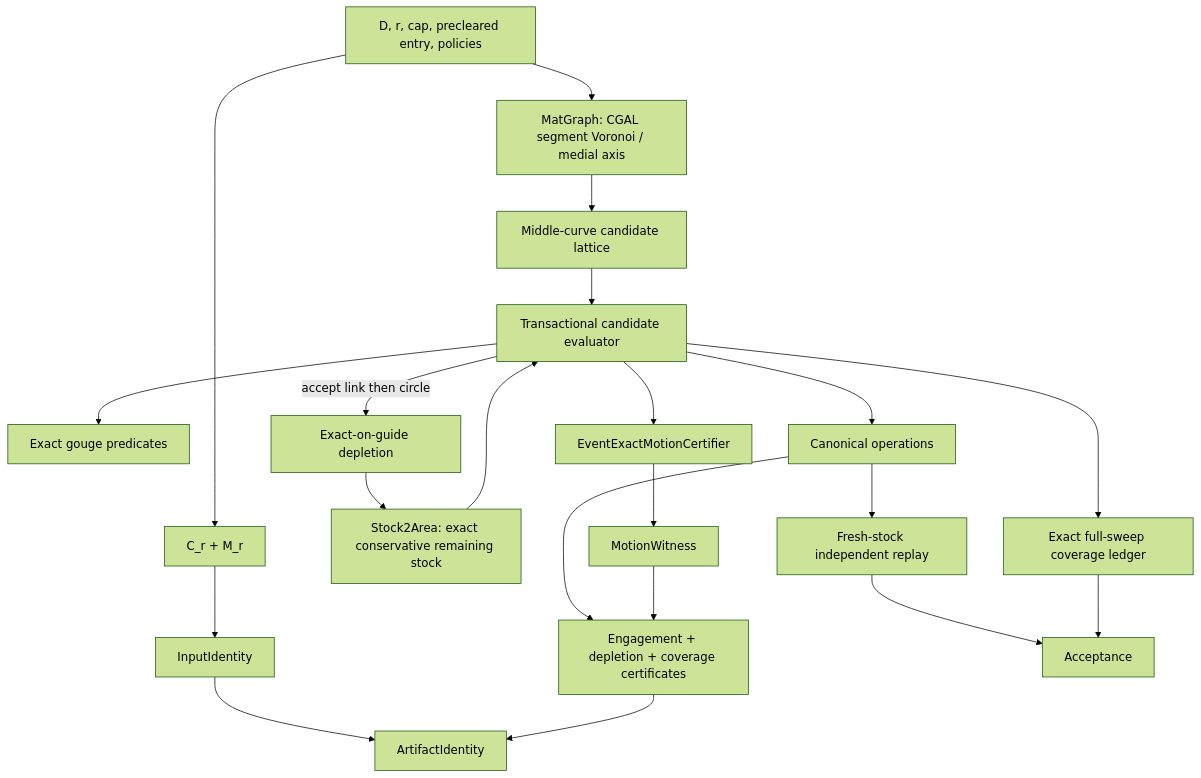
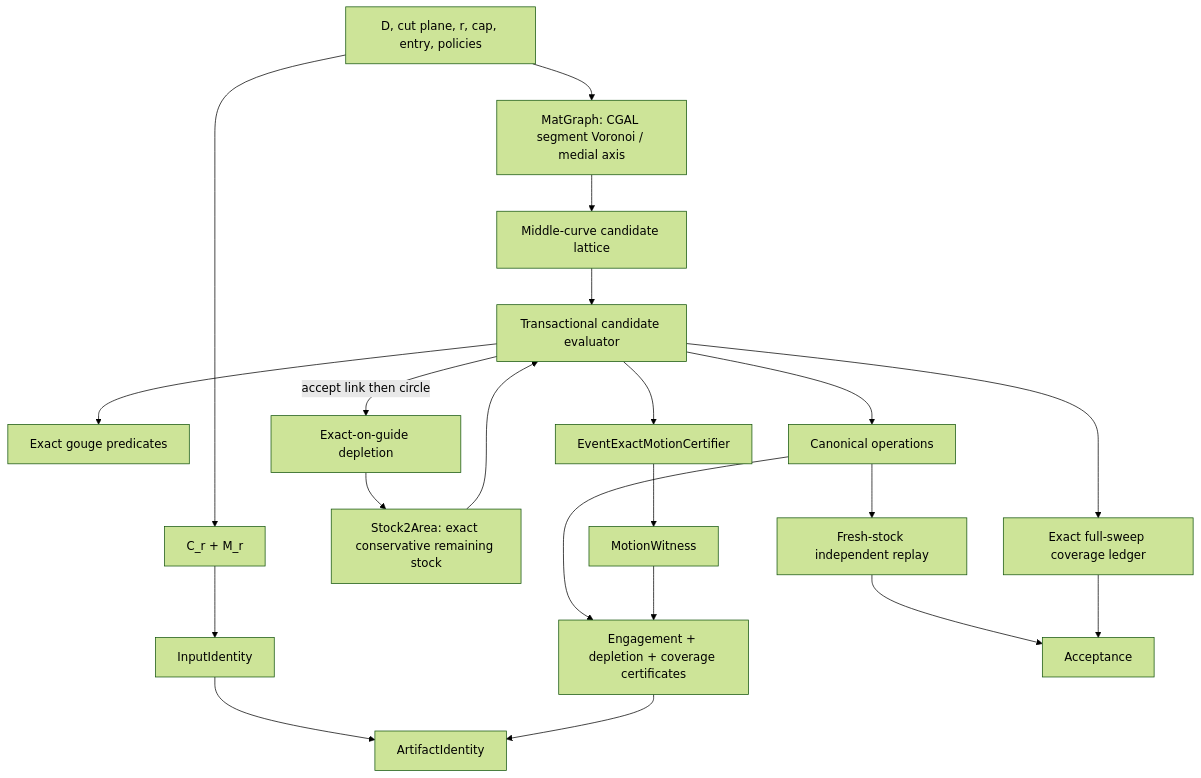
One commit to jf---/compas_cgal changed the diagram in docs/superpowers/specs/2026-07-24-exact-certified-adaptive-trochoidal-design.md. Above: the diagram before and after it, drawn with Mermaid (forest theme). The commit also changed other lines of this file, not shown here.

````diff
--- a/docs/superpowers/specs/2026-07-24-exact-certified-adaptive-trochoidal-design.md
+++ b/docs/superpowers/specs/2026-07-24-exact-certified-adaptive-trochoidal-design.md
@@ -138,23 +138,23 @@
 ```mermaid
 flowchart TD
-  I["D, r, cap, precleared entry, policies"] --> RD["C_r + M_r"]
+  I["D, cut plane, r, cap, entry, policies"] --> RD["C_r + M_r"]
   RD --> ID["InputIdentity"]
   I --> MAT["MatGraph: CGAL segment Voronoi / medial axis"]
   MAT --> CP["Middle-curve candidate lattice"]
   CP --> TX["Transactional candidate evaluator"]
   S["Stock2Area: exact conservative remaining stock"] --> TX
   TX --> G["Exact gouge predicates"]
   TX --> E["EventExactMotionCertifier"]
   E --> W["MotionWitness"]
   TX -->|accept link then circle| D["Exact-on-guide depletion"]
   D --> S
   TX --> L["Exact full-sweep coverage ledger"]
   TX --> T["Canonical operations"]
   T --> C["Engagement + depletion + coverage certificates"]
   W --> C
   ID --> A["ArtifactIdentity"]
   C --> A
   T --> R["Fresh-stock independent replay"]
   R --> X["Acceptance"]
   L --> X
 ```
````
